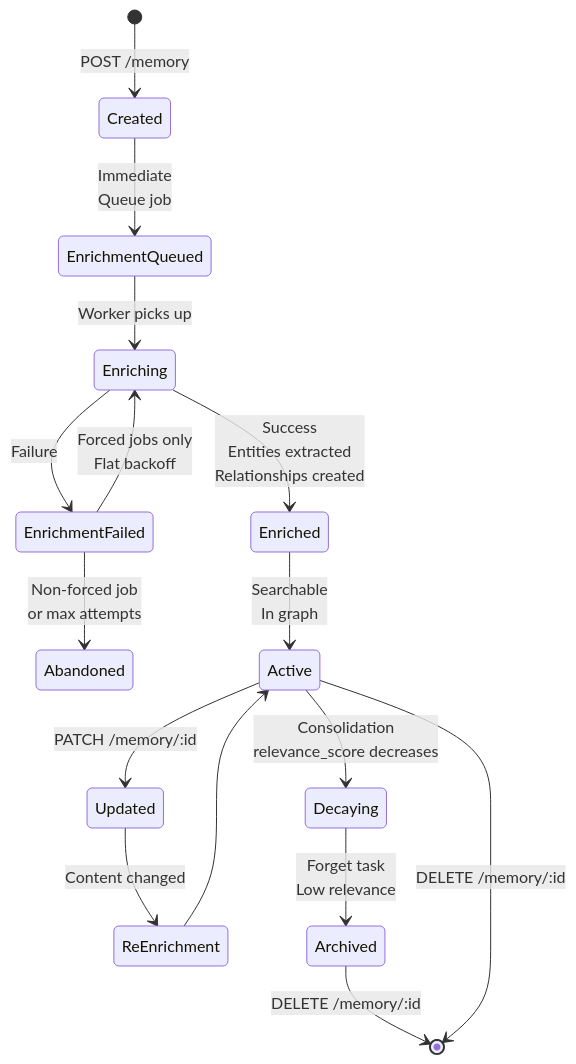
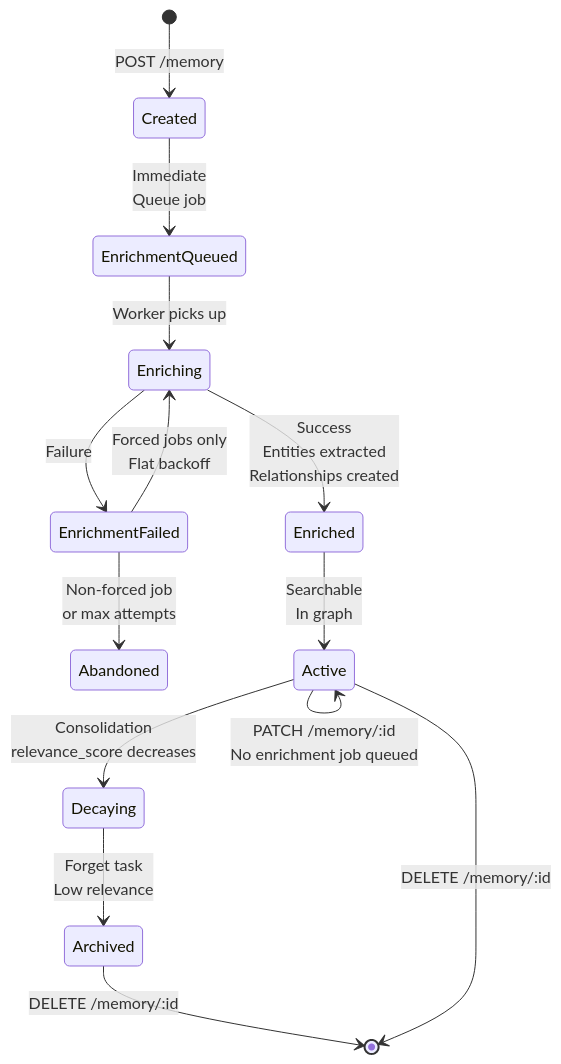
The fifth of 6 diagrams in src/content/docs/docs/core-concepts/memory-model.md (verygoodplugins/automem-website), drawn with Mermaid before and after one commit. The commit also changed other lines of this file and 3 other files, not shown here.

First line of the commit message:
docs: correct memory lifecycle, enrichment triggers, and overview worker claims (#428)

````diff
--- a/src/content/docs/docs/core-concepts/memory-model.md
+++ b/src/content/docs/docs/core-concepts/memory-model.md
@@ -372,28 +372,26 @@
 ```mermaid
 stateDiagram-v2
     [*] --> Created: POST /memory
 
     Created --> EnrichmentQueued: Immediate<br/>Queue job
 
     EnrichmentQueued --> Enriching: Worker picks up
 
     Enriching --> Enriched: Success<br/>Entities extracted<br/>Relationships created
     Enriching --> EnrichmentFailed: Failure
 
     EnrichmentFailed --> Enriching: Forced jobs only<br/>Flat backoff
     EnrichmentFailed --> Abandoned: Non-forced job<br/>or max attempts
 
     Enriched --> Active: Searchable<br/>In graph
 
-    Active --> Updated: PATCH /memory/:id
-    Updated --> ReEnrichment: Content changed
-    ReEnrichment --> Active
+    Active --> Active: PATCH /memory/:id<br/>No enrichment job queued
 
     Active --> Decaying: Consolidation<br/>relevance_score decreases
 
     Decaying --> Archived: Forget task<br/>Low relevance
 
     Archived --> [*]: DELETE /memory/:id
 
     Active --> [*]: DELETE /memory/:id
 ```
````
